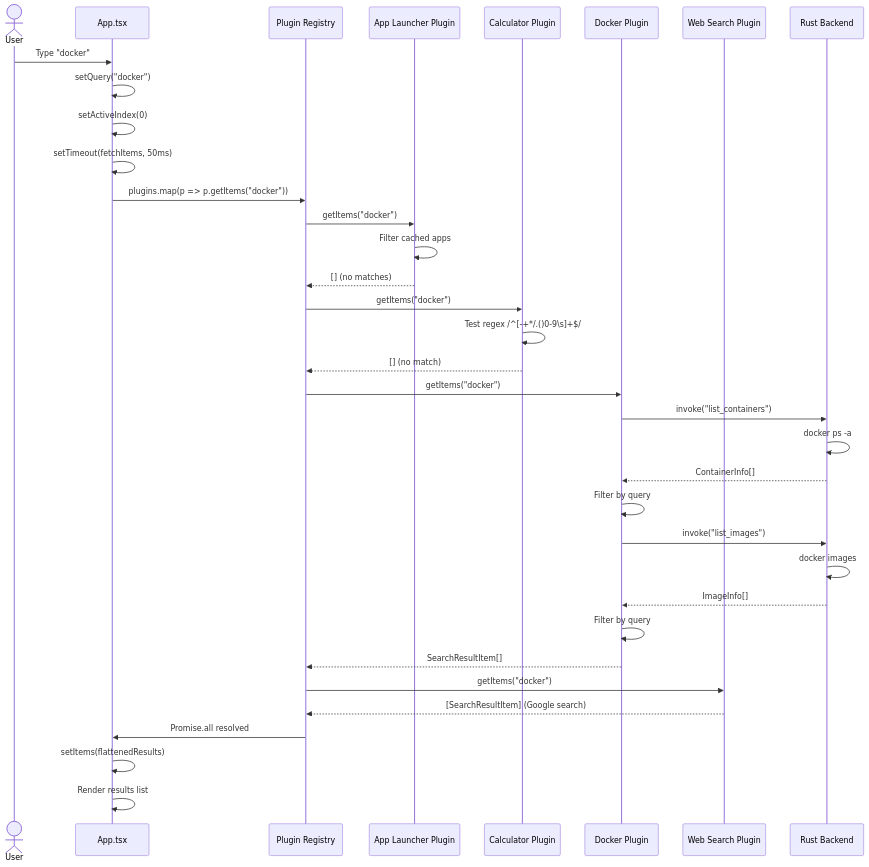
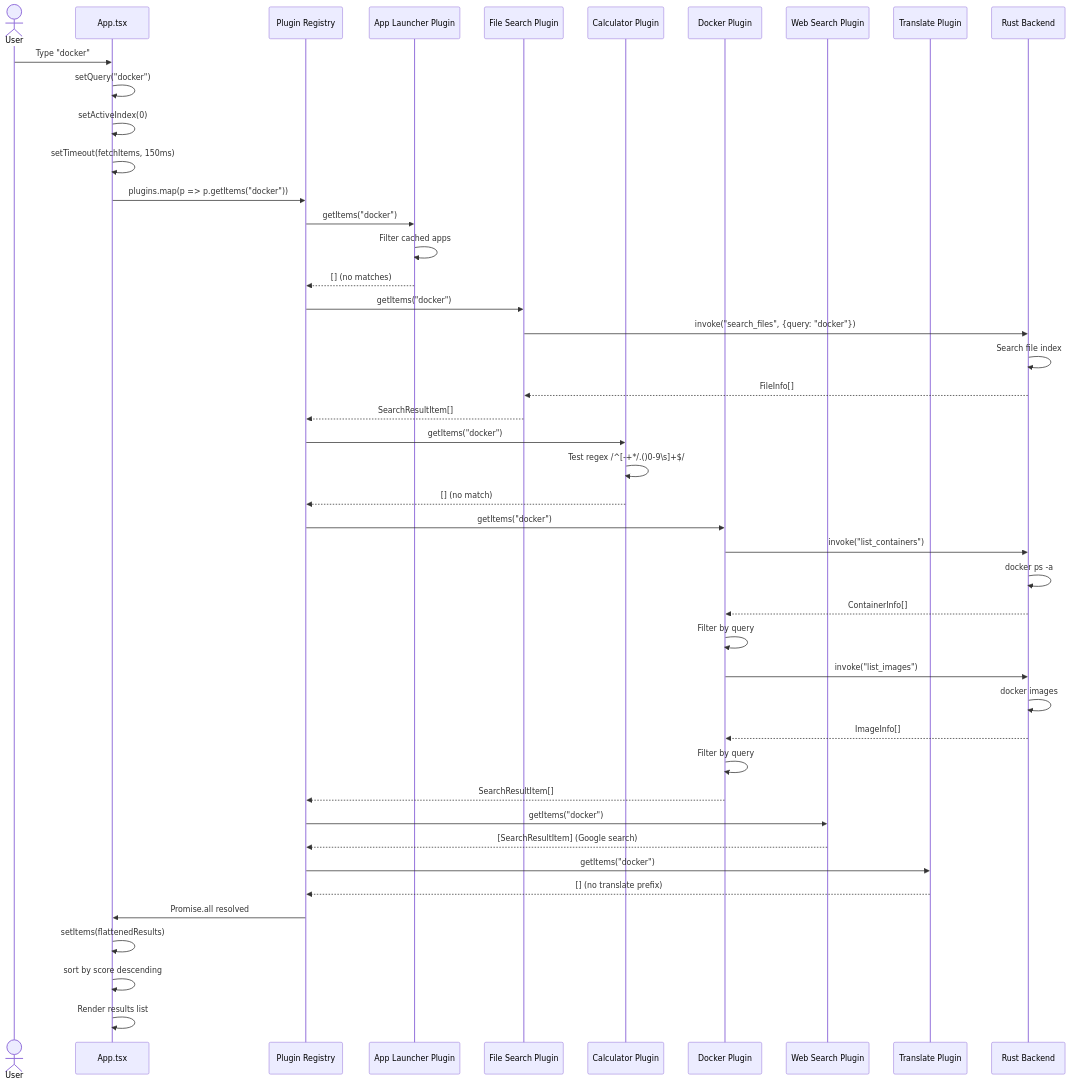
Before and after one commit to RickyDane/gquick: the second of 9 diagrams in arch/api/sequences.md, drawn with Mermaid. The commit also changed other lines of this file and 39 other files, not shown here.

````diff
--- a/arch/api/sequences.md
+++ b/arch/api/sequences.md
@@ -63,43 +71,55 @@
 ```mermaid
 sequenceDiagram
     actor User
     participant App as App.tsx
     participant Registry as Plugin Registry
     participant AppLauncher as App Launcher Plugin
+    participant FileSearch as File Search Plugin
     participant Calculator as Calculator Plugin
     participant Docker as Docker Plugin
     participant WebSearch as Web Search Plugin
+    participant Translate as Translate Plugin
     participant Rust as Rust Backend
 
     User->>App: Type "docker"
     App->>App: setQuery("docker")
     App->>App: setActiveIndex(0)
-    App->>App: setTimeout(fetchItems, 50ms)
+    App->>App: setTimeout(fetchItems, 150ms)
 
     App->>Registry: plugins.map(p => p.getItems("docker"))
     Registry->>AppLauncher: getItems("docker")
     AppLauncher->>AppLauncher: Filter cached apps
     AppLauncher-->>Registry: [] (no matches)
+
+    Registry->>FileSearch: getItems("docker")
+    FileSearch->>Rust: invoke("search_files", {query: "docker"})
+    Rust->>Rust: Search file index
+    Rust-->>FileSearch: FileInfo[]
+    FileSearch-->>Registry: SearchResultItem[]
 
     Registry->>Calculator: getItems("docker")
     Calculator->>Calculator: Test regex /^[-+*/.()0-9\s]+$/
     Calculator-->>Registry: [] (no match)
 
     Registry->>Docker: getItems("docker")
     Docker->>Rust: invoke("list_containers")
     Rust->>Rust: docker ps -a
     Rust-->>Docker: ContainerInfo[]
     Docker->>Docker: Filter by query
     Docker->>Rust: invoke("list_images")
     Rust->>Rust: docker images
     Rust-->>Docker: ImageInfo[]
     Docker->>Docker: Filter by query
     Docker-->>Registry: SearchResultItem[]
 
     Registry->>WebSearch: getItems("docker")
     WebSearch-->>Registry: [SearchResultItem] (Google search)
 
+    Registry->>Translate: getItems("docker")
+    Translate-->>Registry: [] (no translate prefix)
+
     Registry->>App: Promise.all resolved
     App->>App: setItems(flattenedResults)
+    App->>App: sort by score descending
     App->>App: Render results list
 ```
````
